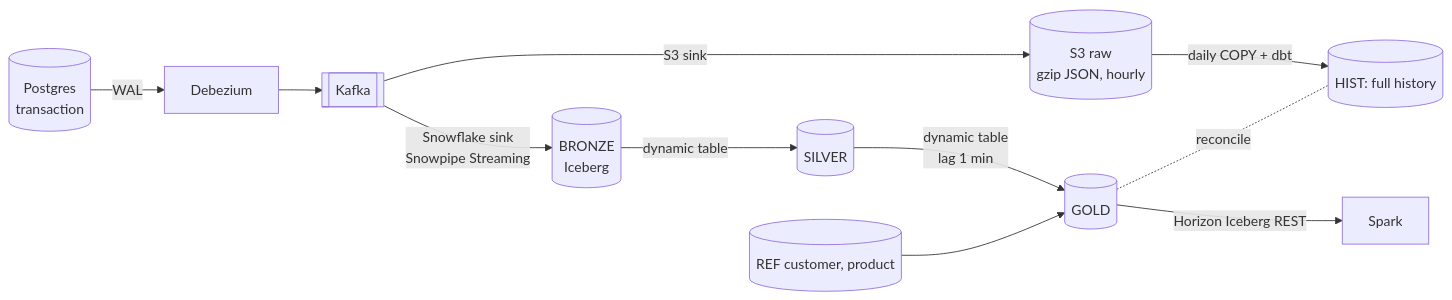
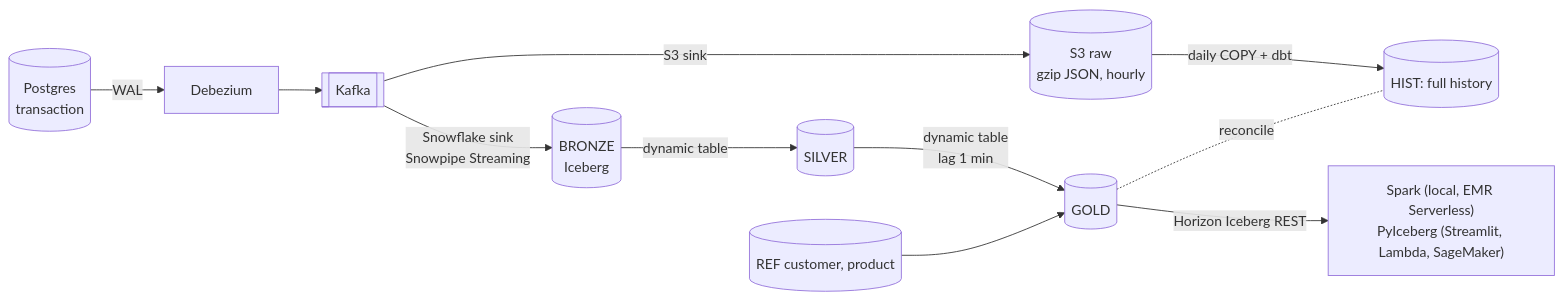
The diagram in README.md (ronozh/cdc-lab), drawn with Mermaid before and after one commit. The commit also changed other lines of this file and 18 other files, not shown here.

First line of the commit message:
Phases 8 + 11: Streamlit dashboard and AWS readers of gold through Horizon

````diff
--- a/README.md
+++ b/README.md
@@ -6,11 +6,11 @@
 ```mermaid
 flowchart LR
     PG[("Postgres<br/>transaction")] -- "WAL" --> DBZ["Debezium"] --> K[["Kafka"]]
     K -- "S3 sink" --> S3[("S3 raw<br/>gzip JSON, hourly")]
     K -- "Snowflake sink<br/>Snowpipe Streaming" --> B[("BRONZE<br/>Iceberg")]
     B -- "dynamic table" --> SV[("SILVER")] -- "dynamic table<br/>lag 1 min" --> G[("GOLD")]
     REF[("REF customer, product")] --> G
     S3 -- "daily COPY + dbt" --> H[("HIST: full history")]
     G -. "reconcile" .- H
-    G -- "Horizon Iceberg REST" --> SP["Spark"]
+    G -- "Horizon Iceberg REST" --> SP["Spark (local, EMR Serverless)<br/>PyIceberg (Streamlit, Lambda, SageMaker)"]
 ```
````
